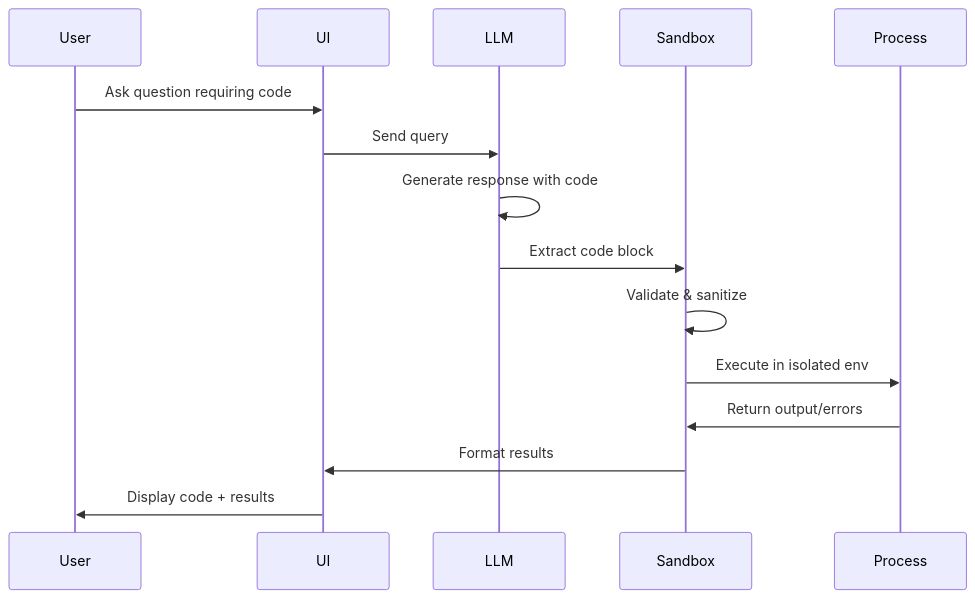
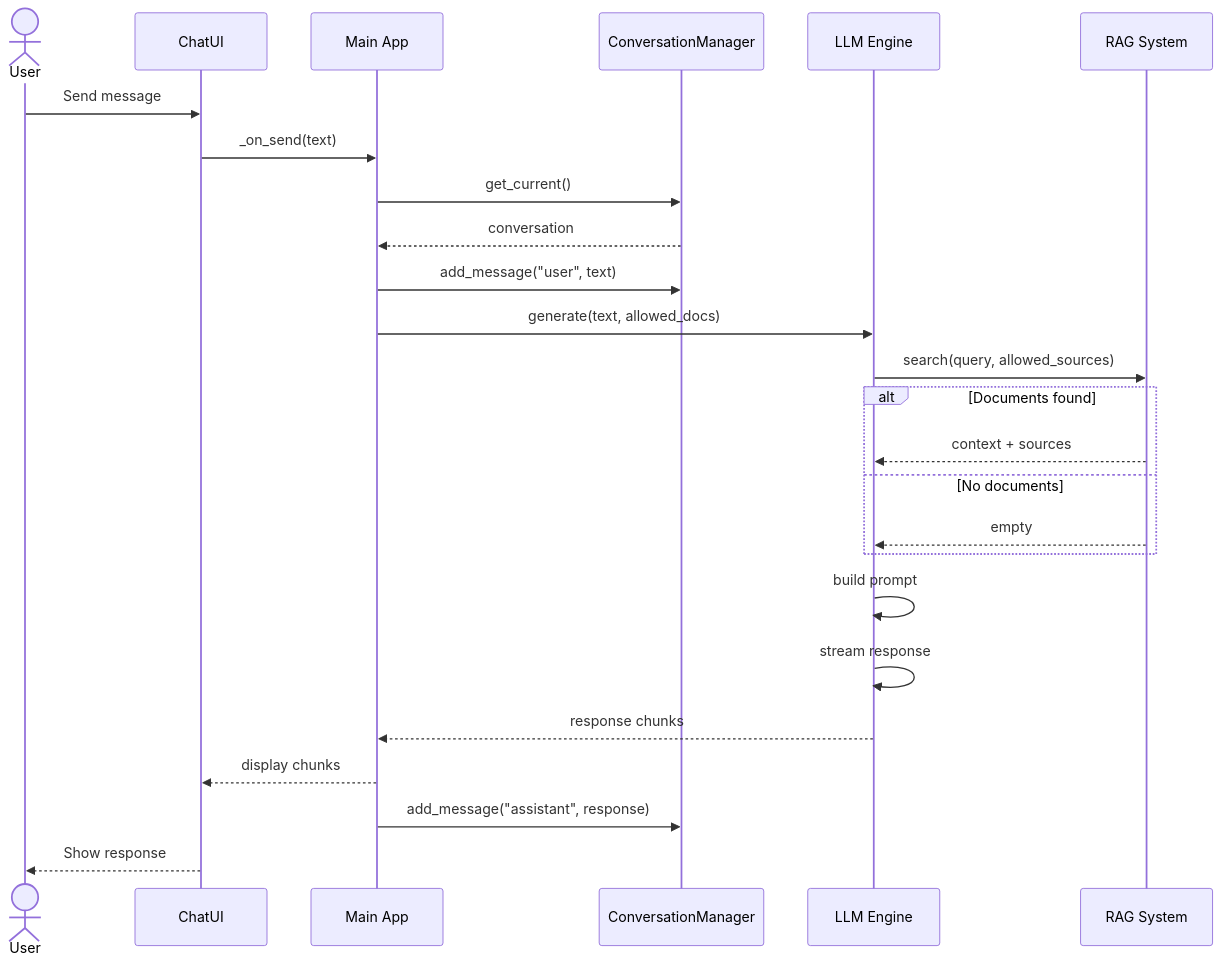
One commit to GeorgesZam/localllmui changed the second of 5 diagrams in readme.md. Above: the diagram before and after it, drawn with Mermaid. The commit also changed other lines of this file and 2 other files, not shown here.

Commit message:
Update: Modified README, skills_manager.py, and ui.py files

````diff
--- a/readme.md
+++ b/readme.md
@@ -271,18 +43,31 @@
 ```mermaid
 sequenceDiagram
-    participant User
-    participant UI
-    participant LLM
-    participant Sandbox
-    participant Process
+    actor U as User
+    participant UI as ChatUI
+    participant App as Main App
+    participant Conv as ConversationManager
+    participant LLM as LLM Engine
+    participant RAG as RAG System
 
-    User->>UI: Ask question requiring code
-    UI->>LLM: Send query
-    LLM->>LLM: Generate response with code
-    LLM->>Sandbox: Extract code block
-    Sandbox->>Sandbox: Validate & sanitize
-    Sandbox->>Process: Execute in isolated env
-    Process->>Sandbox: Return output/errors
-    Sandbox->>UI: Format results
-    UI->>User: Display code + results
+    U->>UI: Send message
+    UI->>App: _on_send(text)
+    App->>Conv: get_current()
+    Conv-->>App: conversation
+    App->>Conv: add_message("user", text)
+
+    App->>LLM: generate(text, allowed_docs)
+    LLM->>RAG: search(query, allowed_sources)
+
+    alt Documents found
+        RAG-->>LLM: context + sources
+    else No documents
+        RAG-->>LLM: empty
+    end
+
+    LLM->>LLM: build prompt
+    LLM->>LLM: stream response
+    LLM-->>App: response chunks
+    App-->>UI: display chunks
+    App->>Conv: add_message("assistant", response)
+    UI-->>U: Show response
 ```
````
